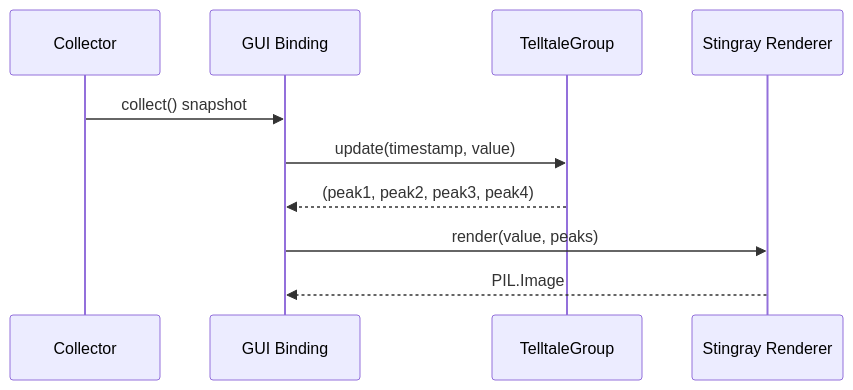
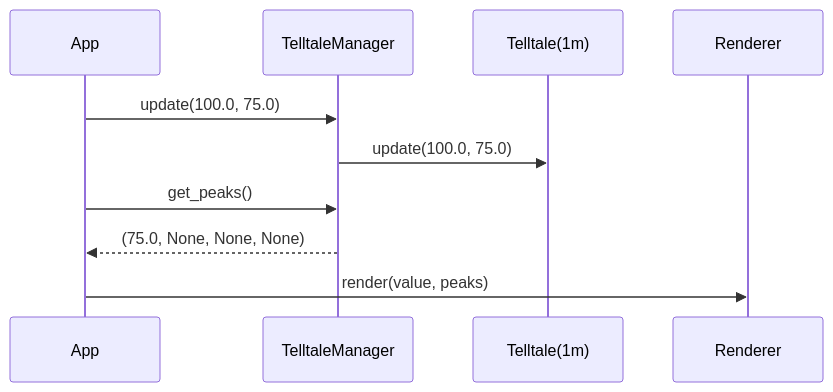
Before and after one commit to martymcenroe/boostgauge: the diagram in docs/lld/active/LLD-002.md, drawn with Mermaid. The commit also changed other lines of this file, not shown here.

````diff
--- a/docs/lld/active/LLD-002.md
+++ b/docs/lld/active/LLD-002.md
@@ -161,13 +197,13 @@
 ```mermaid
 sequenceDiagram
-    participant C as Collector
-    participant G as GUI Binding
-    participant TG as TelltaleGroup
-    participant R as Stingray Renderer
+    participant App
+    participant Manager as TelltaleManager
+    participant T1 as Telltale(1m)
+    participant Renderer
 
-    C->>G: collect() snapshot
-    G->>TG: update(timestamp, value)
-    TG-->>G: (peak1, peak2, peak3, peak4)
-    G->>R: render(value, peaks)
-    R-->>G: PIL.Image
+    App->>Manager: update(100.0, 75.0)
+    Manager->>T1: update(100.0, 75.0)
+    App->>Manager: get_peaks()
+    Manager-->>App: (75.0, None, None, None)
+    App->>Renderer: render(value, peaks)
 ```
````
